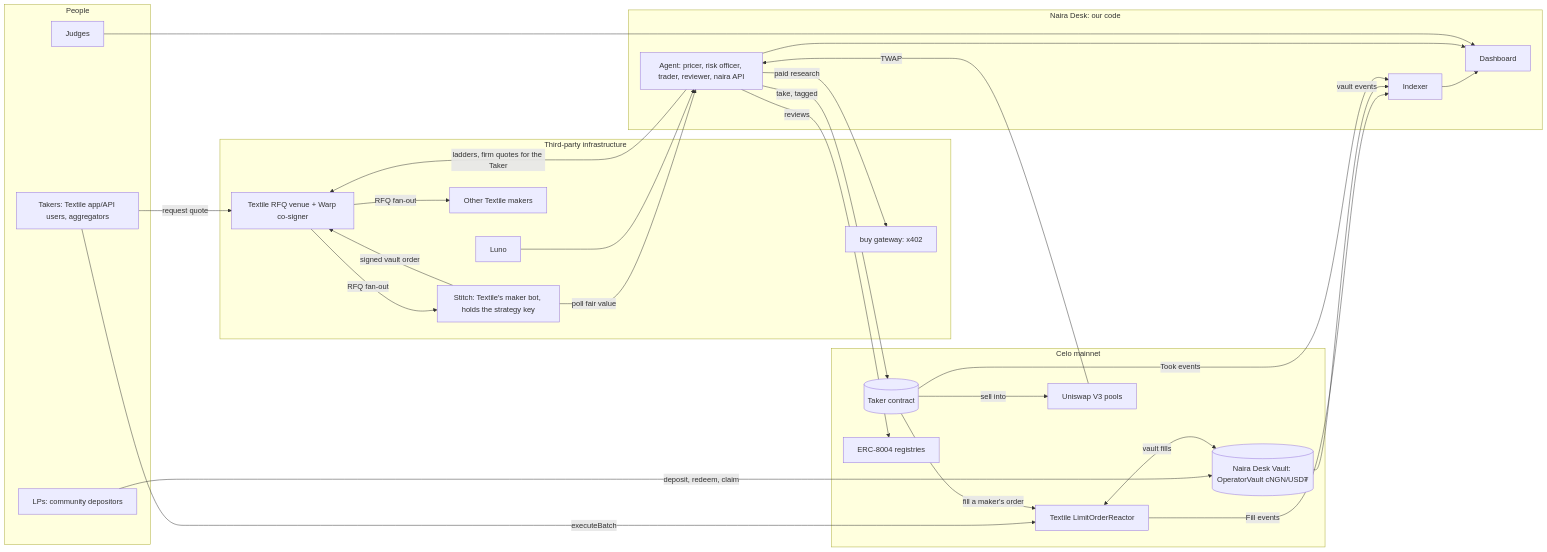
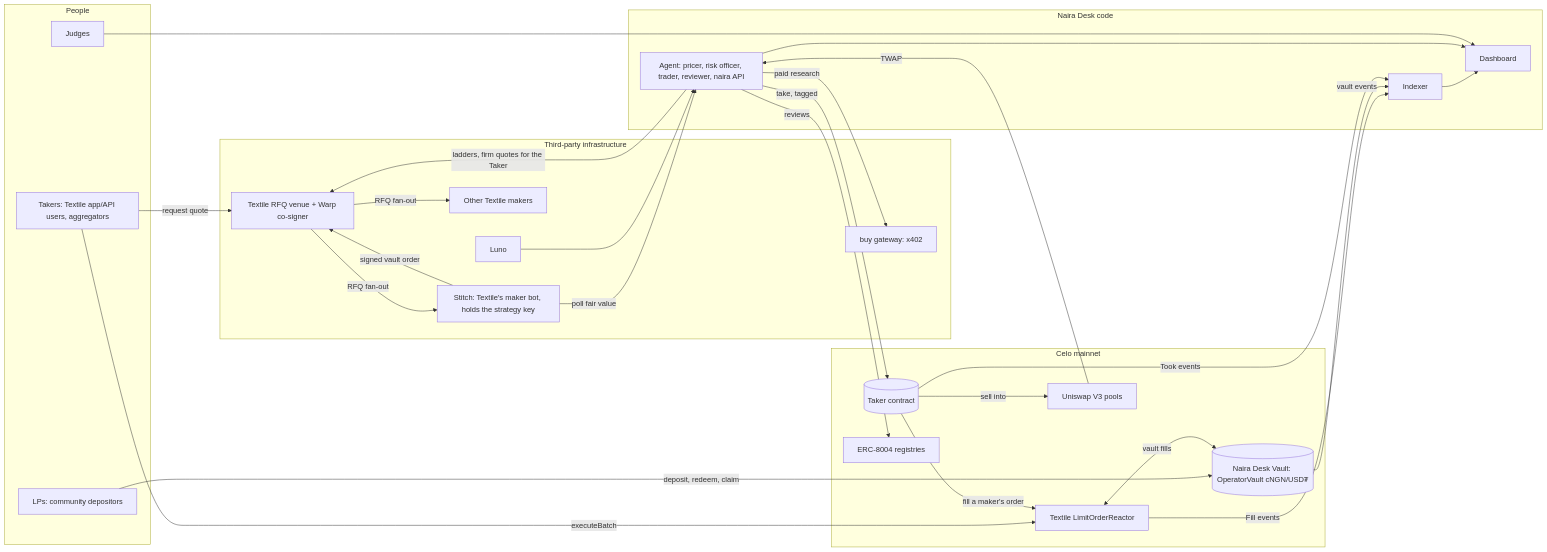
Before and after one commit to Kanasjnr/naira-desk: the first of 11 diagrams in docs/ARCHITECTURE.md, drawn with Mermaid. The commit also changed other lines of this file and 2 other files, not shown here.

````diff
--- a/docs/ARCHITECTURE.md
+++ b/docs/ARCHITECTURE.md
@@ -61,49 +61,49 @@
 ```mermaid
 flowchart LR
   subgraph PEOPLE["People"]
     LP["LPs: community depositors"]
     TK["Takers: Textile app/API users, aggregators"]
     JD["Judges"]
   end
-  subgraph OURS["Naira Desk: our code"]
+  subgraph OURS["Naira Desk code"]
     WEB["Dashboard"]
     AG["Agent: pricer, risk officer, trader, reviewer, naira API"]
     IDX["Indexer"]
   end
   subgraph THIRD["Third-party infrastructure"]
     ST["Stitch: Textile's maker bot, holds the strategy key"]
     TX["Textile RFQ venue + Warp co-signer"]
     MK["Other Textile makers"]
     BUY["buy gateway: x402"]
     LU["Luno"]
   end
   subgraph CELO["Celo mainnet"]
     V[("Naira Desk Vault: OperatorVault cNGN/USD₮")]
     T[("Taker contract")]
     R["Textile LimitOrderReactor"]
     ID["ERC-8004 registries"]
     UNI["Uniswap V3 pools"]
   end
   LP -->|deposit, redeem, claim| V
   TK -->|request quote| TX
   TX -->|RFQ fan-out| ST
   ST -->|poll fair value| AG
   ST -->|signed vault order| TX
   TK -->|executeBatch| R
   R <-->|vault fills| V
   AG -->|ladders, firm quotes for the Taker| TX
   TX -->|RFQ fan-out| MK
   AG -->|take, tagged| T
   T -->|fill a maker's order| R
   T -->|sell into| UNI
   AG -->|paid research| BUY
   AG -->|reviews| ID
   LU --> AG
   UNI -->|TWAP| AG
   R -->|Fill events| IDX
   V -->|vault events| IDX
   T -->|Took events| IDX
   IDX --> WEB
   AG --> WEB
   JD --> WEB
 ```
````
